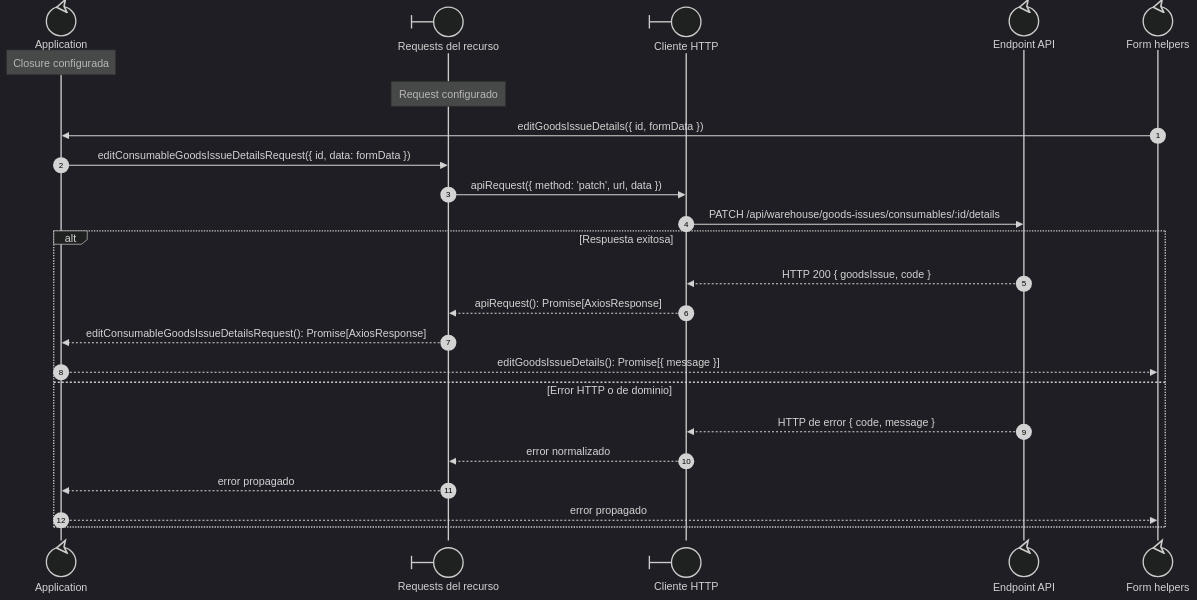
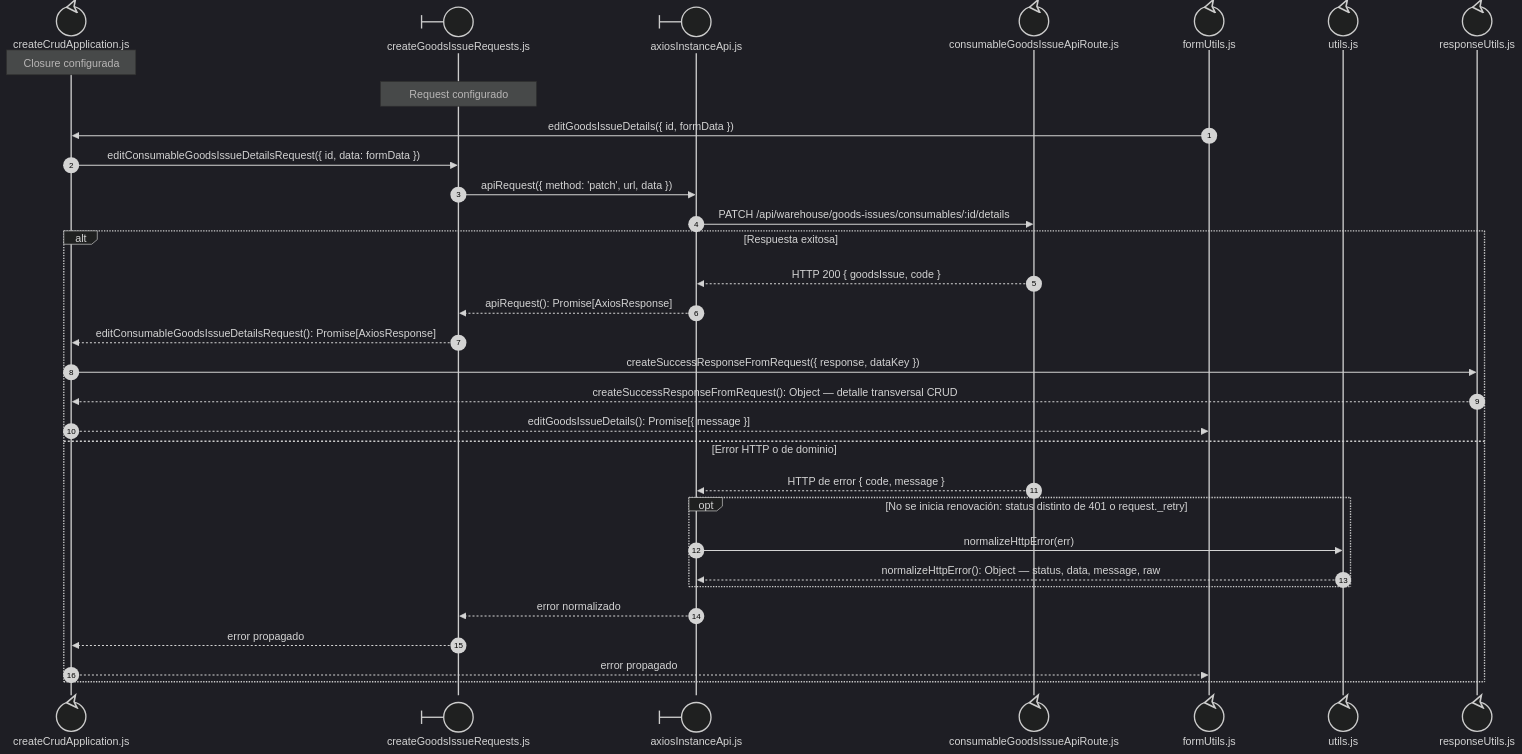
One commit to gpgsistemas01/nexus changed the third of 3 diagrams in docs/architecture/views/processes/frontend-code-sequences/issues/cu-sal-19.md. Above: the diagram before and after it, drawn with Mermaid (dark theme). The commit also changed other lines of this file and 192 other files, not shown here.

Commit message:
docs: make sequence file ownership explicit and align code flows

````diff
--- a/docs/architecture/views/processes/frontend-code-sequences/issues/cu-sal-19.md
+++ b/docs/architecture/views/processes/frontend-code-sequences/issues/cu-sal-19.md
@@ -87,27 +191,37 @@
 ```mermaid
 sequenceDiagram
     autonumber
-    participant Application@{ "type": "control" } as Application
-    participant Request@{ "type": "boundary" } as Requests del recurso
-    participant HTTP@{ "type": "boundary" } as Cliente HTTP
-    participant Transport@{ "type": "control" } as Endpoint API
-    participant FormUtils@{ "type": "control" } as Form helpers
+    participant Application@{ "type": "control" } as createCrudApplication.js
+    participant Request@{ "type": "boundary" } as createGoodsIssueRequests.js
+    participant HTTP@{ "type": "boundary" } as axiosInstanceApi.js
+    participant Transport@{ "type": "control" } as consumableGoodsIssueApiRoute.js
+    participant FormUtils@{ "type": "control" } as formUtils.js
+
+    participant FileUtils@{ "type": "control" } as utils.js
+
+    participant FileResponseUtils@{ "type": "control" } as responseUtils.js
 
     Note over Application: Closure configurada
     Note over Request: Request configurado
         FormUtils->>Application: editGoodsIssueDetails({ id, formData })
         Application->>Request: editConsumableGoodsIssueDetailsRequest({ id, data: formData })
         Request->>HTTP: apiRequest({ method: 'patch', url, data })
         HTTP->>Transport: PATCH /api/warehouse/goods-issues/consumables/:id/details
         alt Respuesta exitosa
             Transport-->>HTTP: HTTP 200 { goodsIssue, code }
             HTTP-->>Request: apiRequest(): Promise[AxiosResponse]
             Request-->>Application: editConsumableGoodsIssueDetailsRequest(): Promise[AxiosResponse]
+            Application->>FileResponseUtils: createSuccessResponseFromRequest({ response, dataKey })
+            FileResponseUtils-->>Application: createSuccessResponseFromRequest(): Object — detalle transversal CRUD
             Application-->>FormUtils: editGoodsIssueDetails(): Promise[{ message }]
         else Error HTTP o de dominio
             Transport-->>HTTP: HTTP de error { code, message }
+            opt No se inicia renovación: status distinto de 401 o request._retry
+                HTTP->>FileUtils: normalizeHttpError(err)
+                FileUtils-->>HTTP: normalizeHttpError(): Object — status, data, message, raw
+            end
             HTTP-->>Request: error normalizado
             Request-->>Application: error propagado
             Application-->>FormUtils: error propagado
     end
 ```
````
